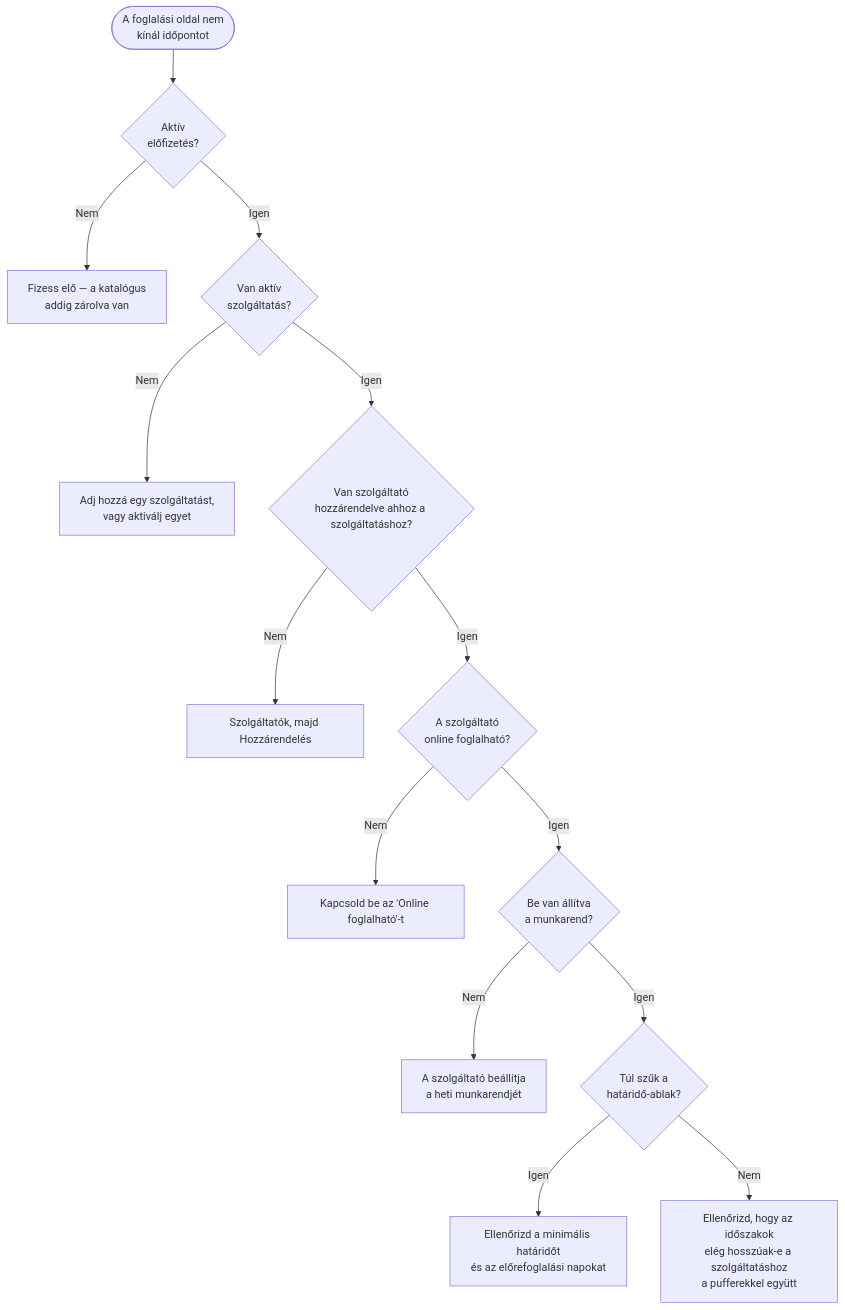
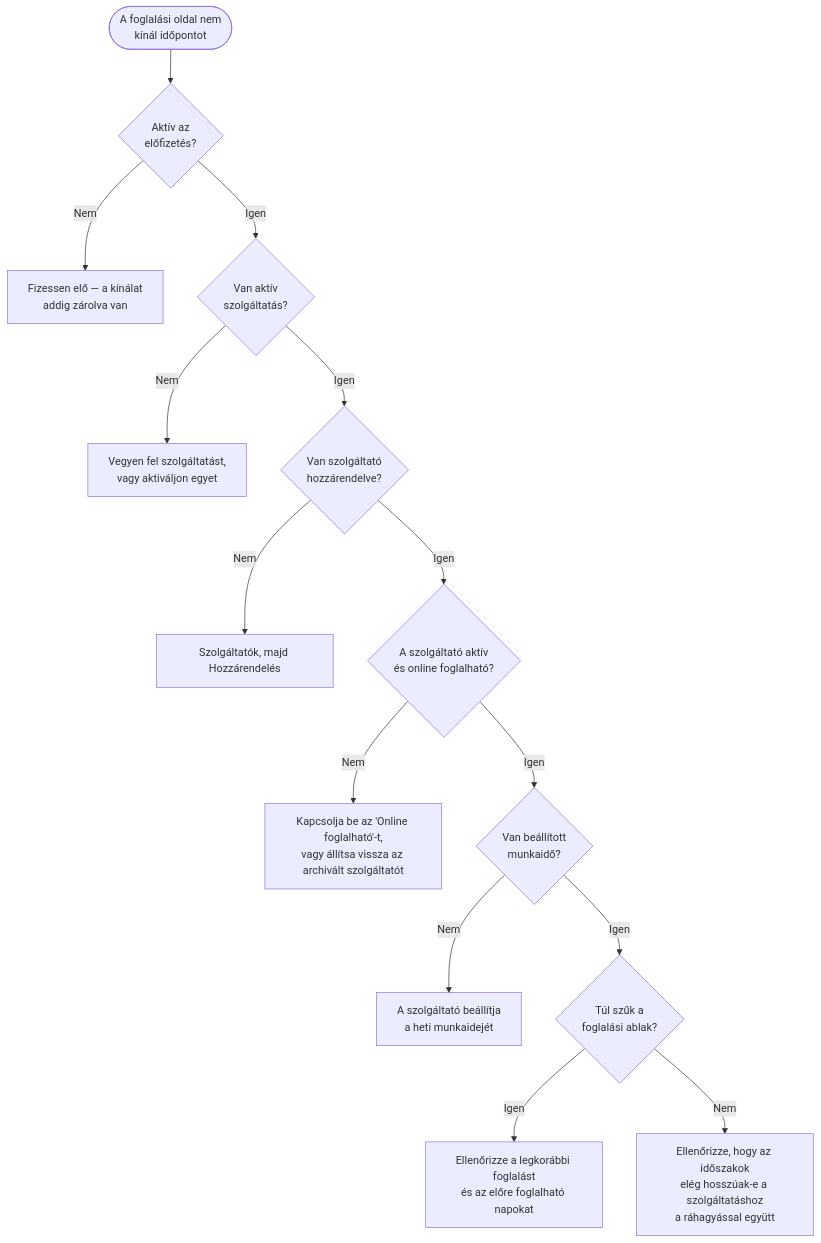
One commit to hbela/booking-and-more changed the fifth of 5 diagrams in docs/user-guide.hu.md. Above: the diagram before and after it, drawn with Mermaid. The commit also changed other lines of this file and 27 other files, not shown here.

````diff
--- a/docs/user-guide.hu.md
+++ b/docs/user-guide.hu.md
@@ -440,16 +625,16 @@
 ```mermaid
 flowchart TD
-    Q([A foglalási oldal nem<br/>kínál időpontot]) --> Sub{Aktív<br/>előfizetés?}
-    Sub -->|Nem| FixSub[Fizess elő — a katalógus<br/>addig zárolva van]
+    Q([A foglalási oldal nem<br/>kínál időpontot]) --> Sub{Aktív az<br/>előfizetés?}
+    Sub -->|Nem| FixSub[Fizessen elő — a kínálat<br/>addig zárolva van]
     Sub -->|Igen| Svc{Van aktív<br/>szolgáltatás?}
-    Svc -->|Nem| FixSvc[Adj hozzá egy szolgáltatást,<br/>vagy aktiválj egyet]
-    Svc -->|Igen| Asg{Van szolgáltató<br/>hozzárendelve ahhoz a szolgáltatáshoz?}
+    Svc -->|Nem| FixSvc[Vegyen fel szolgáltatást,<br/>vagy aktiváljon egyet]
+    Svc -->|Igen| Asg{Van szolgáltató<br/>hozzárendelve?}
     Asg -->|Nem| FixAsg[Szolgáltatók, majd Hozzárendelés]
-    Asg -->|Igen| Onl{A szolgáltató<br/>online foglalható?}
-    Onl -->|Nem| FixOnl[Kapcsold be az 'Online foglalható'-t]
-    Onl -->|Igen| Hrs{Be van állítva<br/>a munkarend?}
-    Hrs -->|Nem| FixHrs[A szolgáltató beállítja<br/>a heti munkarendjét]
-    Hrs -->|Igen| Win{Túl szűk a<br/>határidő-ablak?}
-    Win -->|Igen| FixWin[Ellenőrizd a minimális határidőt<br/>és az előrefoglalási napokat]
-    Win -->|Nem| Buf[Ellenőrizd, hogy az időszakok<br/>elég hosszúak-e a szolgáltatáshoz<br/>a pufferekkel együtt]
+    Asg -->|Igen| Onl{A szolgáltató aktív<br/>és online foglalható?}
+    Onl -->|Nem| FixOnl[Kapcsolja be az 'Online foglalható'-t,<br/>vagy állítsa vissza az archivált szolgáltatót]
+    Onl -->|Igen| Hrs{Van beállított<br/>munkaidő?}
+    Hrs -->|Nem| FixHrs[A szolgáltató beállítja<br/>a heti munkaidejét]
+    Hrs -->|Igen| Win{Túl szűk a<br/>foglalási ablak?}
+    Win -->|Igen| FixWin[Ellenőrizze a legkorábbi foglalást<br/>és az előre foglalható napokat]
+    Win -->|Nem| Buf[Ellenőrizze, hogy az időszakok<br/>elég hosszúak-e a szolgáltatáshoz<br/>a ráhagyással együtt]
 ```
````
